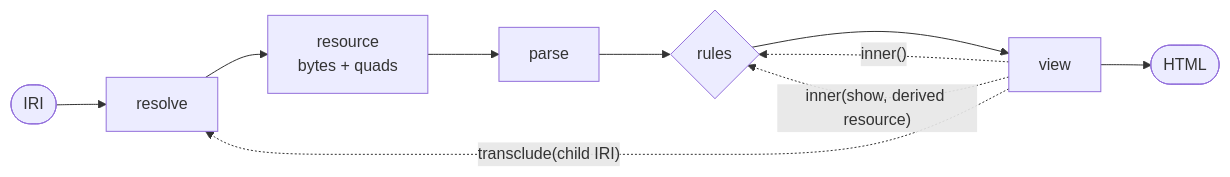
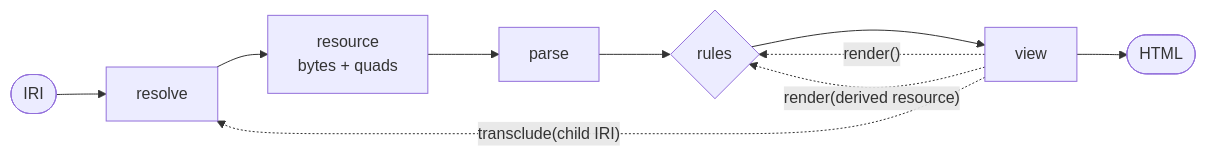
Before and after one commit to aleph-garden/vitrine: the diagram in docs/author/compose.mdx, drawn with Mermaid. The commit also changed other lines of this file and 3 other files, not shown here.

````diff
--- a/docs/author/compose.mdx
+++ b/docs/author/compose.mdx
@@ -13,12 +13,12 @@
 ```mermaid
 flowchart LR
   IRI([IRI]) --> R[resolve]
   R --> RES["resource<br/>bytes + quads"]
   RES --> P[parse]
   P --> S{rules}
   S --> V[view]
   V --> H([HTML])
   V -. "transclude(child IRI)" .-> R
-  V -. "inner()" .-> S
-  V -. "inner(show, derived resource)" .-> S
+  V -. "render()" .-> S
+  V -. "render(derived resource)" .-> S
 ```
````
